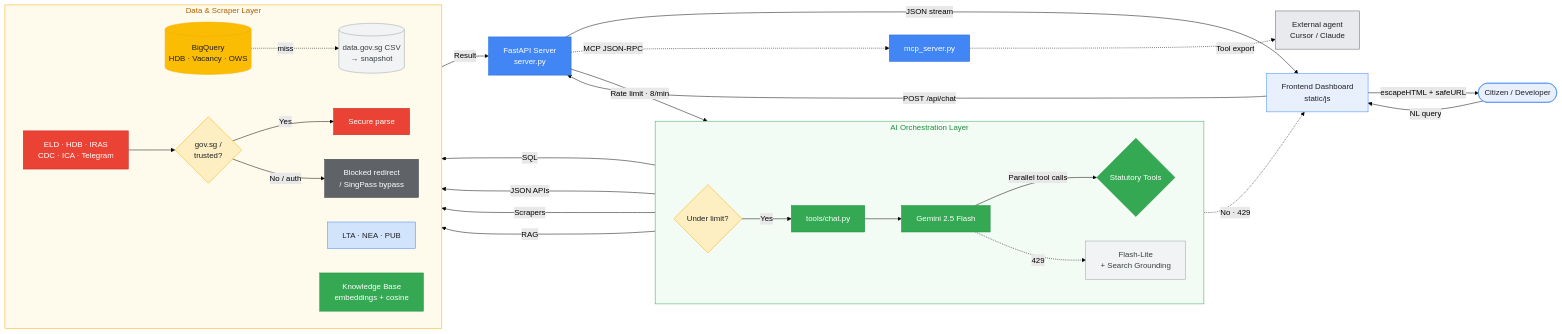
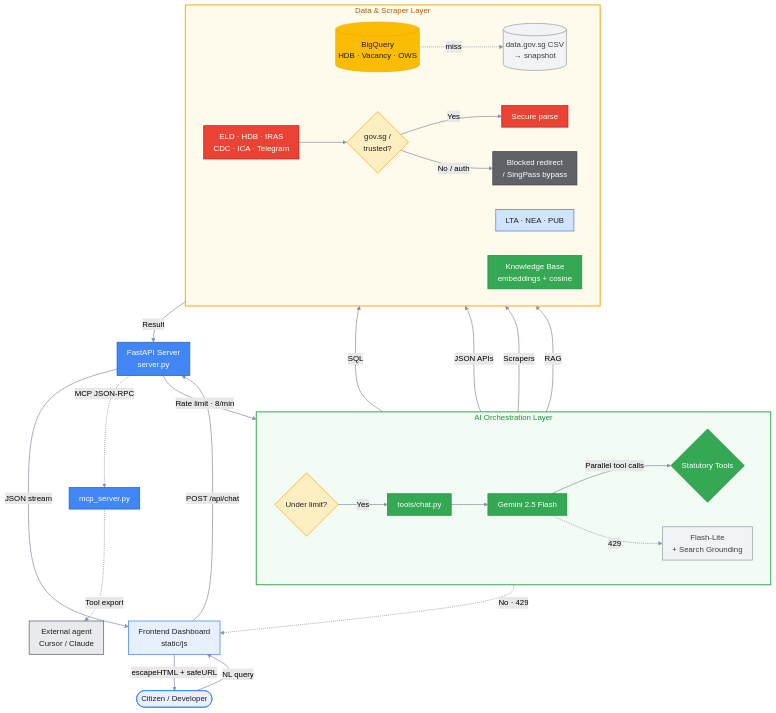
Before and after one commit to leshweyeewin/merlion-os: the diagram in docs/architecture_diagram.mmd, drawn with Mermaid (forest theme). The commit also changed 2 other files, not shown here.

Commit message:
docs: add architecture diagram

```diff
--- a/docs/architecture_diagram.mmd
+++ b/docs/architecture_diagram.mmd
@@ -1,45 +1,48 @@
-graph LR
+%%{init: {'flowchart': {'curve': 'basis', 'padding': 10}}}%%
+graph TD
     User([Citizen / Developer]):::client -->|NL query| UI[Frontend Dashboard<br/>static/js]:::client
     UI -->|POST /api/chat| Server[FastAPI Server<br/>server.py]:::server
     Server -->|Rate limit · 8/min| RateLimit{Under limit?}:::gate
     RateLimit -.->|No · 429| UI
 
     subgraph AI["AI Orchestration Layer"]
         direction LR
         RateLimit -->|Yes| Chat[tools/chat.py]:::ai
         Chat --> Gemini[Gemini 2.5 Flash]:::ai
         Gemini -->|Parallel tool calls| Tools{Statutory Tools}:::ai
         Gemini -.->|429| Fallback[Flash-Lite<br/>+ Search Grounding]:::fallback
     end
 
     subgraph DATA["Data &amp; Scraper Layer"]
         direction LR
         Tools -->|SQL| BQ[(BigQuery<br/>HDB · Vacancy · OWS)]:::data
         BQ -.->|miss| GOV[(data.gov.sg CSV<br/>→ snapshot)]:::fallback
         Tools -->|JSON APIs| APIS[LTA · NEA · PUB]:::api
         Tools -->|Scrapers| Scrapers[ELD · HDB · IRAS<br/>CDC · ICA · Telegram]:::scraper
         Tools -->|RAG| KB[Knowledge Base<br/>embeddings + cosine]:::ai
         Scrapers --> Validate{gov.sg /<br/>trusted?}:::gate
         Validate -->|Yes| Fetch[Secure parse]:::scraper
         Validate -->|No / auth| Block[Blocked redirect<br/>/ SingPass bypass]:::security
     end
 
     Fetch -->|Result| Server
     Server -->|JSON stream| UI
     UI -->|escapeHTML + safeURL| User
     Server -.->|MCP JSON-RPC| FastMCP[mcp_server.py]:::server
     FastMCP -.->|Tool export| Cursor[External agent<br/>Cursor / Claude]:::external
 
-    classDef client fill:#E8F0FE,stroke:#4285F4,stroke-width:1px,color:#202124;
-    classDef server fill:#4285F4,stroke:#1967D2,stroke-width:1px,color:#ffffff;
-    classDef ai fill:#34A853,stroke:#1E8E3E,stroke-width:1px,color:#ffffff;
-    classDef data fill:#FBBC04,stroke:#F9AB00,stroke-width:1px,color:#202124;
-    classDef api fill:#D2E3FC,stroke:#4285F4,stroke-width:1px,color:#202124;
-    classDef scraper fill:#EA4335,stroke:#C5221F,stroke-width:1px,color:#ffffff;
-    classDef security fill:#5F6368,stroke:#3C4043,stroke-width:1px,color:#ffffff;
-    classDef gate fill:#FEEFC3,stroke:#F9AB00,stroke-width:1px,color:#202124;
-    classDef fallback fill:#F1F3F4,stroke:#9AA0A6,stroke-width:1px,color:#3C4043;
-    classDef external fill:#E8EAED,stroke:#5F6368,stroke-width:1px,color:#202124;
+    classDef client fill:#E8F0FE,stroke:#4285F4,stroke-width:1.5px,color:#202124;
+    classDef server fill:#4285F4,stroke:#1967D2,stroke-width:1.5px,color:#ffffff;
+    classDef ai fill:#34A853,stroke:#1E8E3E,stroke-width:1.5px,color:#ffffff;
+    classDef data fill:#FBBC04,stroke:#F9AB00,stroke-width:1.5px,color:#202124;
+    classDef api fill:#D2E3FC,stroke:#4285F4,stroke-width:1.5px,color:#202124;
+    classDef scraper fill:#EA4335,stroke:#C5221F,stroke-width:1.5px,color:#ffffff;
+    classDef security fill:#5F6368,stroke:#3C4043,stroke-width:1.5px,color:#ffffff;
+    classDef gate fill:#FEEFC3,stroke:#F9AB00,stroke-width:1.5px,color:#202124;
+    classDef fallback fill:#F1F3F4,stroke:#9AA0A6,stroke-width:1.5px,color:#3C4043;
+    classDef external fill:#E8EAED,stroke:#5F6368,stroke-width:1.5px,color:#202124;
 
-    style AI fill:#F3FBF5,stroke:#34A853,stroke-width:1px,color:#1E8E3E;
-    style DATA fill:#FFFBEC,stroke:#F9AB00,stroke-width:1px,color:#B06000;
+    style AI fill:#F3FBF5,stroke:#34A853,stroke-width:2px,color:#1E8E3E;
+    style DATA fill:#FFFBEC,stroke:#F9AB00,stroke-width:2px,color:#B06000;
+
+    linkStyle default stroke:#8A94A6,stroke-width:1.5px;
```
